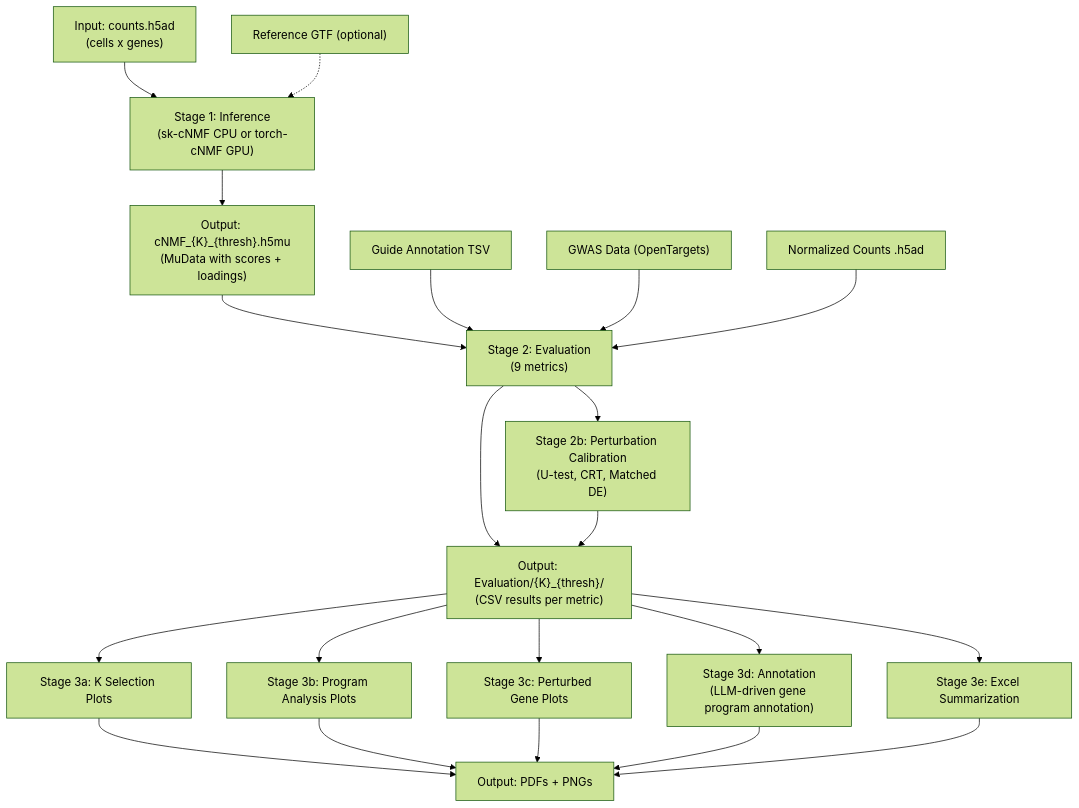
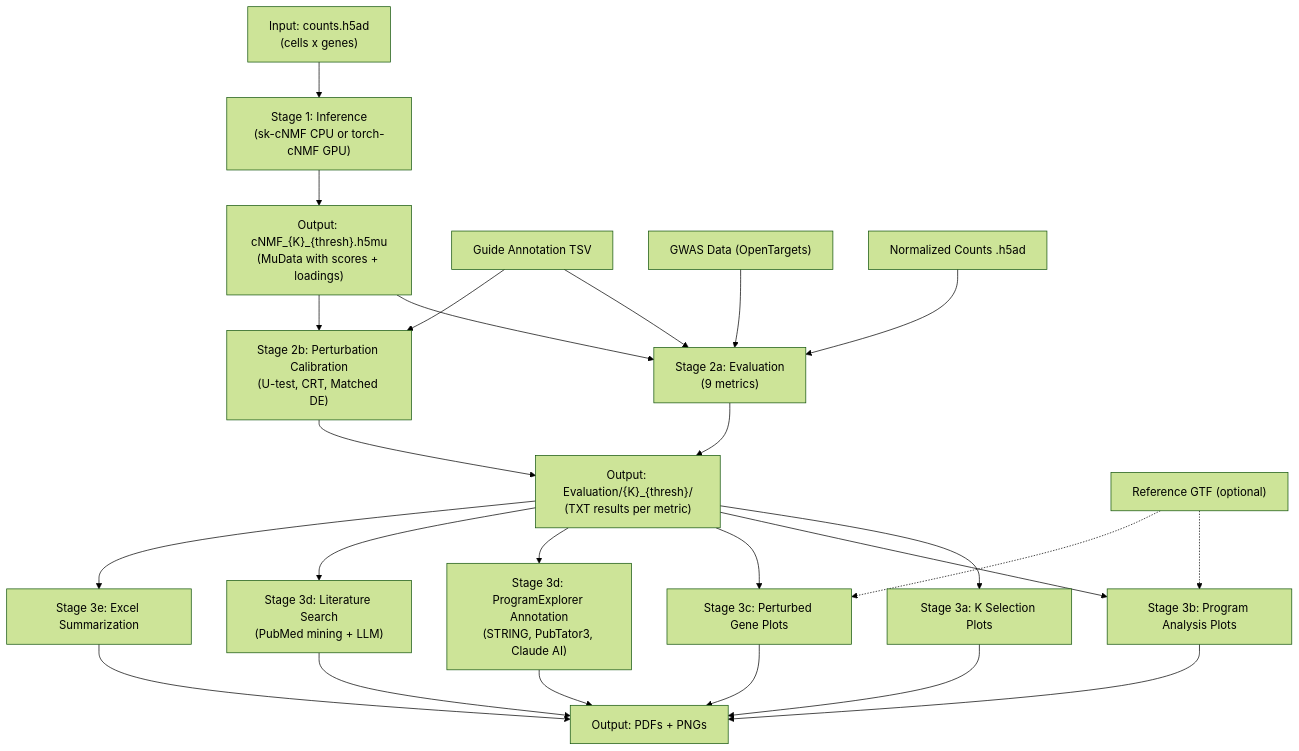
One commit to EngreitzLab/PerturbNMF changed the diagram in CLAUDE.md. Above: the diagram before and after it, drawn with Mermaid (forest theme). The commit also changed other lines of this file and 152 other files, not shown here.

````diff
--- a/CLAUDE.md
+++ b/CLAUDE.md
@@ -9,23 +9,27 @@
 ```mermaid
 flowchart TD
     A["Input: counts.h5ad\n(cells x genes)"] --> B["Stage 1: Inference\n(sk-cNMF CPU or torch-cNMF GPU)"]
     B --> D["Output: cNMF_{K}_{thresh}.h5mu\n(MuData with scores + loadings)"]
-    D --> E["Stage 2: Evaluation\n(9 metrics)"]
-    E --> F["Output: Evaluation/{K}_{thresh}/\n(CSV results per metric)"]
-    E --> G["Stage 2b: Perturbation Calibration\n(U-test, CRT, Matched DE)"]
+    D --> E["Stage 2a: Evaluation\n(9 metrics)"]
+    E --> F["Output: Evaluation/{K}_{thresh}/\n(TXT results per metric)"]
+    D --> G["Stage 2b: Perturbation Calibration\n(U-test, CRT, Matched DE)"]
     G --> F
     F --> I["Stage 3a: K Selection Plots"]
     F --> J["Stage 3b: Program Analysis Plots"]
     F --> K["Stage 3c: Perturbed Gene Plots"]
     I --> L["Output: PDFs + PNGs"]
     J --> L
     K --> L
-    F --> Q["Stage 3d: Annotation\n(LLM-driven gene program annotation)"]
+    F --> Q["Stage 3d: ProgramExplorer Annotation\n(STRING, PubTator3, Claude AI)"]
     Q --> L
+    F --> R["Stage 3d: Literature Search\n(PubMed mining + LLM)"]
+    R --> L
     F --> S["Stage 3e: Excel Summarization"]
     S --> L
     M["Guide Annotation TSV"] --> E
+    M --> G
     N["GWAS Data (OpenTargets)"] --> E
     O["Normalized Counts .h5ad"] --> E
-    P["Reference GTF (optional)"] -.-> B
+    P["Reference GTF (optional)"] -.-> J
+    P -.-> K
 ```
````
